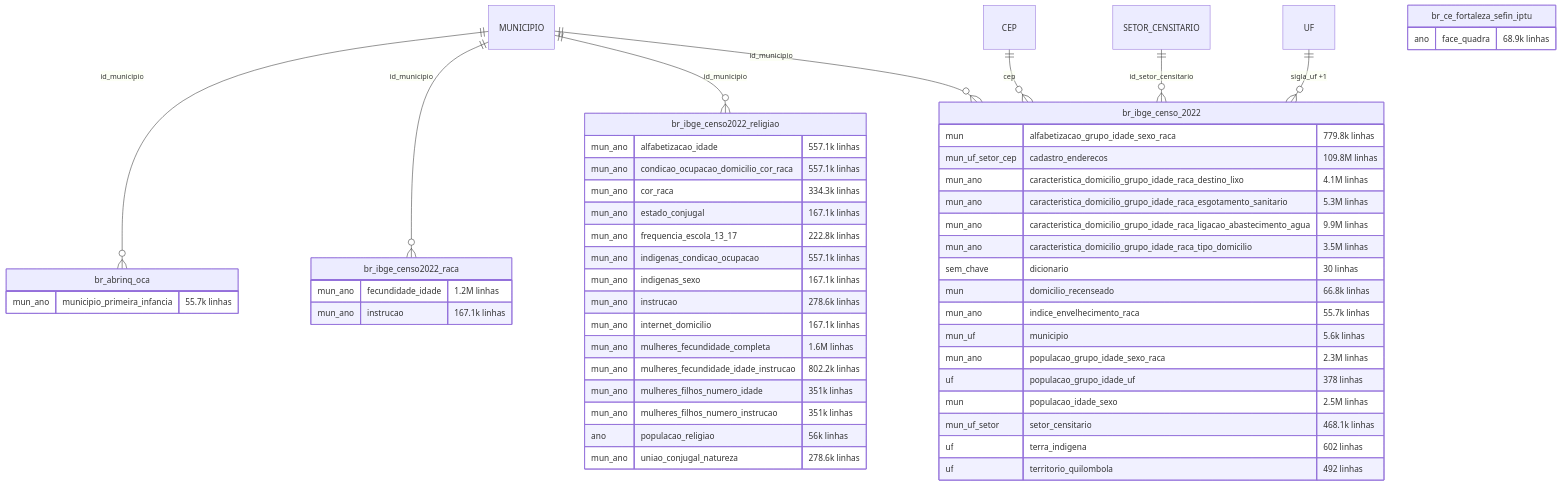
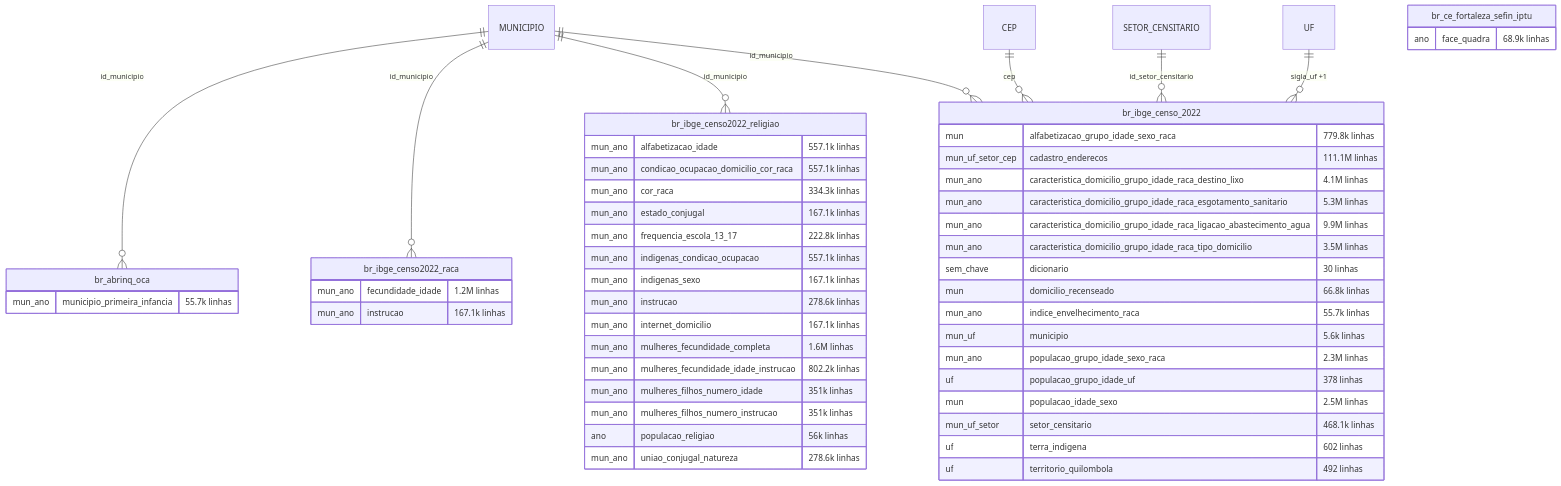
One commit to rafapolo/rodado changed diagram 21 of 26 in docs/mapa/ERD.md. Above: the diagram before and after it, drawn with Mermaid. The commit also changed other lines of this file and 5 other files, not shown here.

````diff
--- a/docs/mapa/ERD.md
+++ b/docs/mapa/ERD.md
@@ -1908,55 +1933,55 @@
 ```mermaid
 erDiagram
     MUNICIPIO ||--o{ br_abrinq_oca : "id_municipio"
     MUNICIPIO ||--o{ br_ibge_censo2022_raca : "id_municipio"
     MUNICIPIO ||--o{ br_ibge_censo2022_religiao : "id_municipio"
     CEP ||--o{ br_ibge_censo_2022 : "cep"
     MUNICIPIO ||--o{ br_ibge_censo_2022 : "id_municipio"
     SETOR_CENSITARIO ||--o{ br_ibge_censo_2022 : "id_setor_censitario"
     UF ||--o{ br_ibge_censo_2022 : "sigla_uf +1"
     br_abrinq_oca {
         mun_ano municipio_primeira_infancia "55.7k linhas"
     }
     br_ce_fortaleza_sefin_iptu {
         ano face_quadra "68.9k linhas"
     }
     br_ibge_censo2022_raca {
         mun_ano fecundidade_idade "1.2M linhas"
         mun_ano instrucao "167.1k linhas"
     }
     br_ibge_censo2022_religiao {
         mun_ano alfabetizacao_idade "557.1k linhas"
         mun_ano condicao_ocupacao_domicilio_cor_raca "557.1k linhas"
         mun_ano cor_raca "334.3k linhas"
         mun_ano estado_conjugal "167.1k linhas"
         mun_ano frequencia_escola_13_17 "222.8k linhas"
         mun_ano indigenas_condicao_ocupacao "557.1k linhas"
         mun_ano indigenas_sexo "167.1k linhas"
         mun_ano instrucao "278.6k linhas"
         mun_ano internet_domicilio "167.1k linhas"
         mun_ano mulheres_fecundidade_completa "1.6M linhas"
         mun_ano mulheres_fecundidade_idade_instrucao "802.2k linhas"
         mun_ano mulheres_filhos_numero_idade "351k linhas"
         mun_ano mulheres_filhos_numero_instrucao "351k linhas"
         ano populacao_religiao "56k linhas"
         mun_ano uniao_conjugal_natureza "278.6k linhas"
     }
     br_ibge_censo_2022 {
         mun alfabetizacao_grupo_idade_sexo_raca "779.8k linhas"
-        mun_uf_setor_cep cadastro_enderecos "109.8M linhas"
+        mun_uf_setor_cep cadastro_enderecos "111.1M linhas"
         mun_ano caracteristica_domicilio_grupo_idade_raca_destino_lixo "4.1M linhas"
         mun_ano caracteristica_domicilio_grupo_idade_raca_esgotamento_sanitario "5.3M linhas"
         mun_ano caracteristica_domicilio_grupo_idade_raca_ligacao_abastecimento_agua "9.9M linhas"
         mun_ano caracteristica_domicilio_grupo_idade_raca_tipo_domicilio "3.5M linhas"
         sem_chave dicionario "30 linhas"
         mun domicilio_recenseado "66.8k linhas"
         mun_ano indice_envelhecimento_raca "55.7k linhas"
         mun_uf municipio "5.6k linhas"
         mun_ano populacao_grupo_idade_sexo_raca "2.3M linhas"
         uf populacao_grupo_idade_uf "378 linhas"
         mun populacao_idade_sexo "2.5M linhas"
         mun_uf_setor setor_censitario "468.1k linhas"
         uf terra_indigena "602 linhas"
         uf territorio_quilombola "492 linhas"
     }
 ```
````
